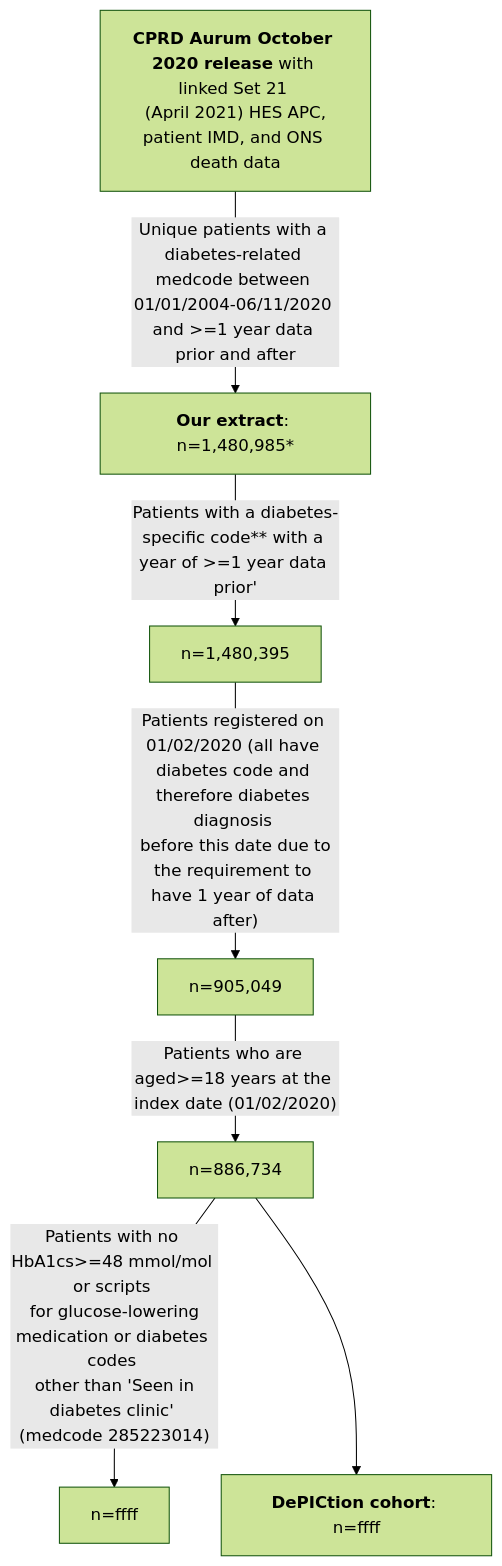
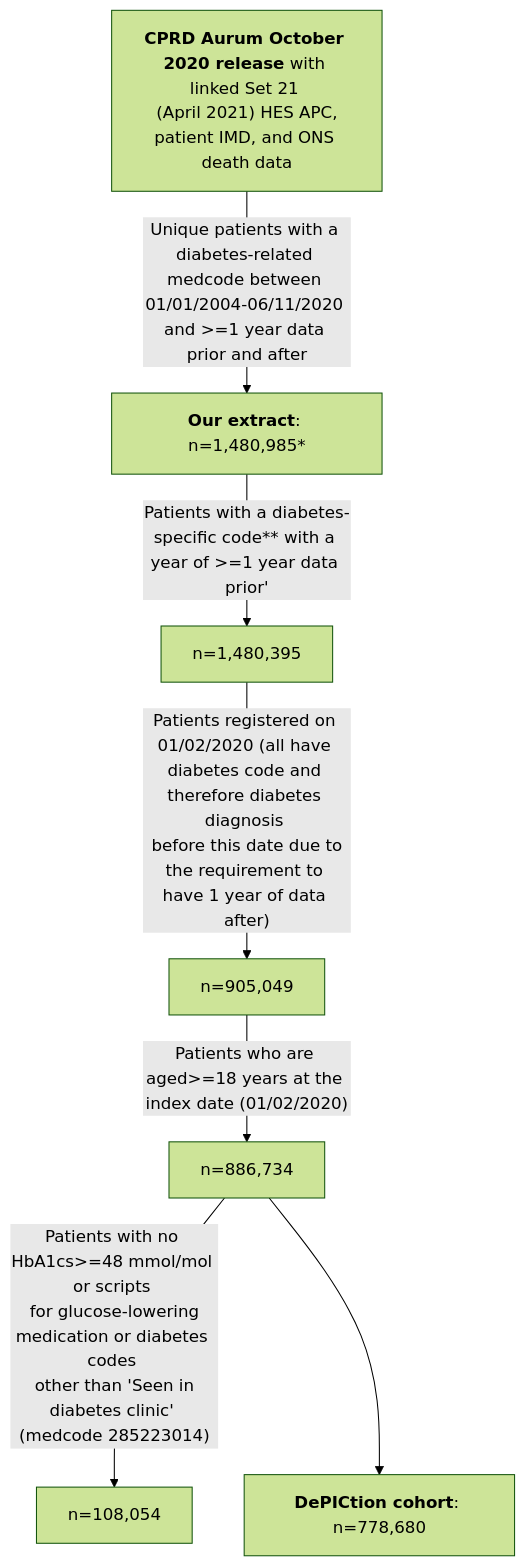
One commit to Exeter-Diabetes/CPRD-Katie-DePICtion-Scripts changed the diagram in README.md. Above: the diagram before and after it, drawn with Mermaid (forest theme).

````diff
--- a/README.md
+++ b/README.md
@@ -9,9 +9,9 @@
 ```mermaid
 graph TD;
     A["<b>CPRD Aurum October 2020 release</b> with linked Set 21 <br> (April 2021) HES APC, patient IMD, and ONS death data"] --> |"Unique patients with a diabetes-related medcode between 01/01/2004-06/11/2020 and >=1 year data prior and after"| B["<b>Our extract</b>: n=1,480,985*"]
     B -->|"Patients with a diabetes-specific code** with a year of >=1 year data prior'"|C["n=1,480,395"]
     C -->|"Patients registered on 01/02/2020 (all have diabetes code and therefore diabetes diagnosis <br> before this date due to the requirement to have 1 year of data after)"|D["n=905,049"]
     D -->|"Patients who are aged>=18 years at the index date (01/02/2020)"|E["n=886,734"]
-    E -->|"Patients with no HbA1cs>=48 mmol/mol or scripts <br> for glucose-lowering medication or diabetes codes <br> other than 'Seen in diabetes clinic' (medcode 285223014)"|G["n=ffff"]
-    E --> F["<b>DePICtion cohort</b>: n=ffff"]
+    E -->|"Patients with no HbA1cs>=48 mmol/mol or scripts <br> for glucose-lowering medication or diabetes codes <br> other than 'Seen in diabetes clinic' (medcode 285223014)"|G["n=108,054"]
+    E --> F["<b>DePICtion cohort</b>: n=778,680"]
 ```
````
